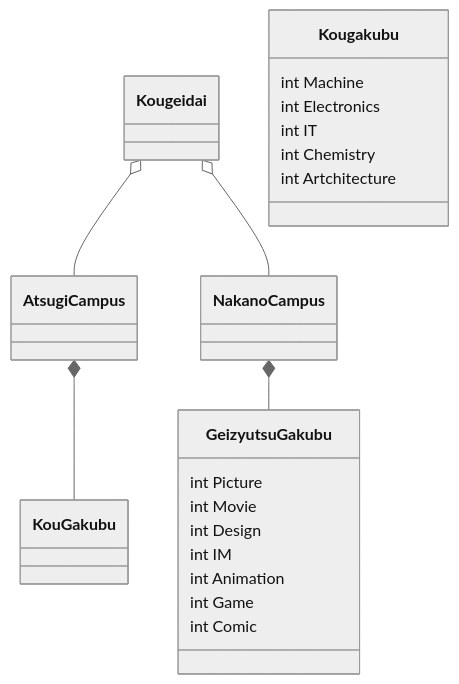
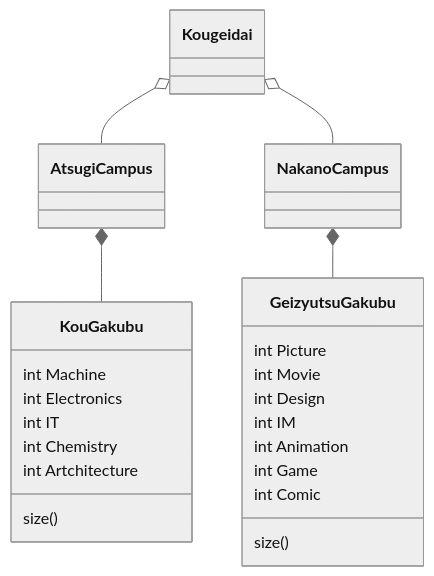
Before and after one commit to tpu-game-2022/mermaid_test: the third of 3 diagrams in README.md, drawn with Mermaid (neutral theme).

````diff
--- a/README.md
+++ b/README.md
@@ -85,19 +85,21 @@
 ```mermaid
 classDiagram
 Kougeidai o-- AtsugiCampus
 Kougeidai o-- NakanoCampus
 AtsugiCampus *-- KouGakubu
-Kougakubu:int Machine
-Kougakubu:int Electronics
-Kougakubu:int IT
-Kougakubu:int Chemistry
-Kougakubu:int Artchitecture
+KouGakubu:size()
+KouGakubu:int Machine
+KouGakubu:int Electronics
+KouGakubu:int IT
+KouGakubu:int Chemistry
+KouGakubu:int Artchitecture
 NakanoCampus *-- GeizyutsuGakubu
+GeizyutsuGakubu:size()
 GeizyutsuGakubu:int Picture
 GeizyutsuGakubu:int Movie
 GeizyutsuGakubu:int Design
 GeizyutsuGakubu:int IM
 GeizyutsuGakubu:int Animation
 GeizyutsuGakubu:int Game
 GeizyutsuGakubu:int Comic
 ```
````
